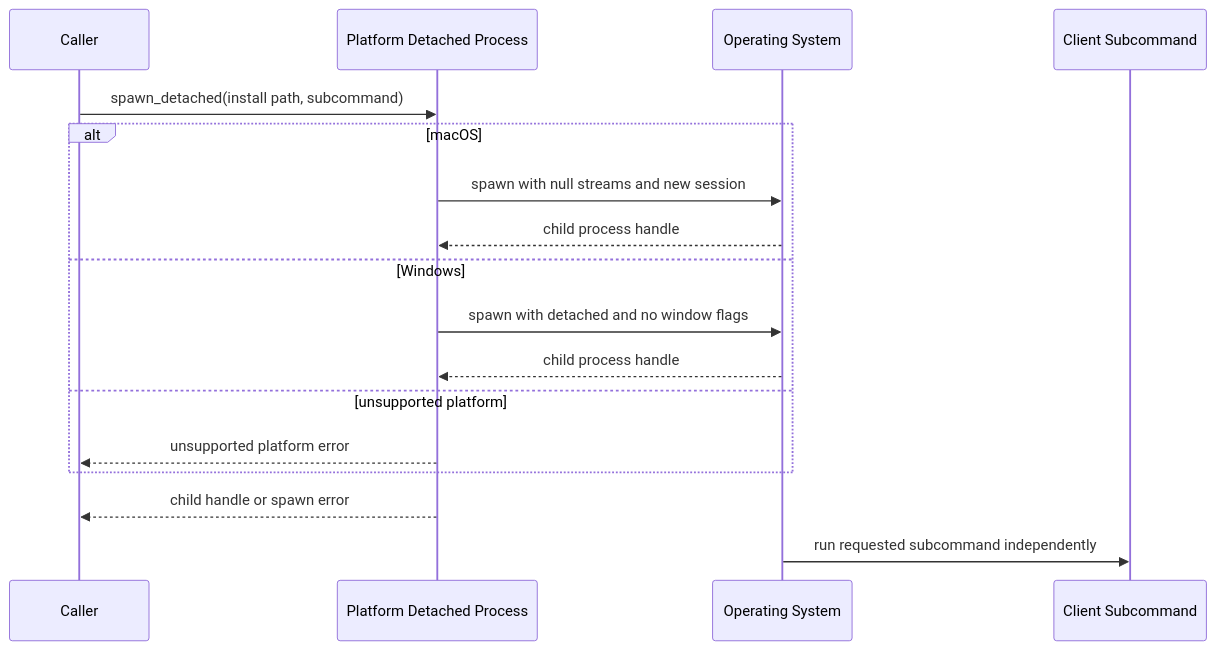
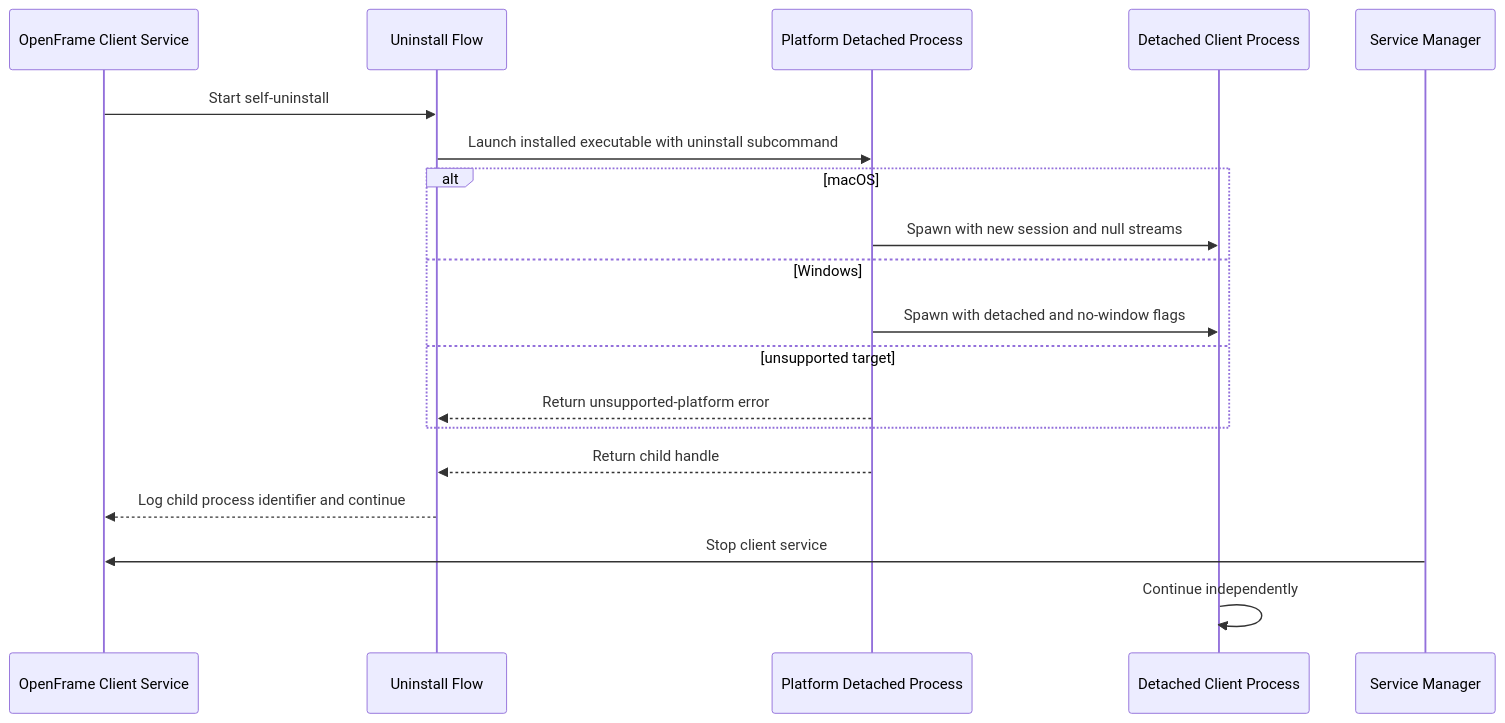
One commit to flamingo-stack/openframe-oss-tenant changed the third of 3 diagrams in docs/reference/architecture/openframe-client-core/platform-detached-process/platform-detached-process.md. Above: the diagram before and after it, drawn with Mermaid. The commit also changed other lines of this file and 2377 other files, not shown here.

````diff
--- a/docs/reference/architecture/openframe-client-core/platform-detached-process/platform-detached-process.md
+++ b/docs/reference/architecture/openframe-client-core/platform-detached-process/platform-detached-process.md
@@ -62,19 +82,21 @@
 ```mermaid
 sequenceDiagram
-    participant Caller
-    participant Module as Platform Detached Process
-    participant OS as Operating System
-    participant Child as Client Subcommand
-    Caller->>Module: spawn_detached(install path, subcommand)
+    participant Service as OpenFrame Client Service
+    participant Uninstall as Uninstall Flow
+    participant Detached as Platform Detached Process
+    participant Child as Detached Client Process
+    participant Manager as Service Manager
+    Service->>Uninstall: Start self-uninstall
+    Uninstall->>Detached: Launch installed executable with uninstall subcommand
     alt macOS
-        Module->>OS: spawn with null streams and new session
-        OS-->>Module: child process handle
+        Detached->>Child: Spawn with new session and null streams
     else Windows
-        Module->>OS: spawn with detached and no window flags
-        OS-->>Module: child process handle
-    else unsupported platform
-        Module-->>Caller: unsupported platform error
+        Detached->>Child: Spawn with detached and no-window flags
+    else unsupported target
+        Detached-->>Uninstall: Return unsupported-platform error
     end
-    Module-->>Caller: child handle or spawn error
-    OS->>Child: run requested subcommand independently
+    Detached-->>Uninstall: Return child handle
+    Uninstall-->>Service: Log child process identifier and continue
+    Manager->>Service: Stop client service
+    Child->>Child: Continue independently
 ```
````
